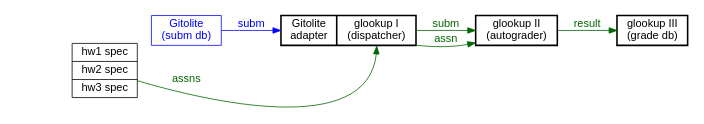
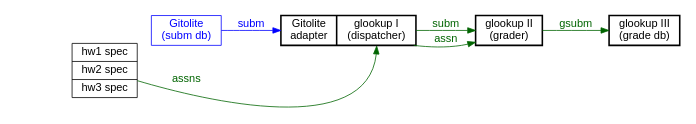
One commit to commongrader/spec changed the diagram in assets/flow-gitolite-glookup-record.gv. Above: the diagram before and after it, drawn with Graphviz. The commit also changed 10 other files, not shown here.

```diff
--- a/assets/flow-gitolite-glookup-record.gv
+++ b/assets/flow-gitolite-glookup-record.gv
@@ -1,37 +1,37 @@
 digraph Diagram {
     // -- COMMON -- //
     rankdir = LR;
     node [fontname=Helvetica shape=record];
     edge [fontname=Helvetica];
     graph [dpi=50];
 
     subgraph external {
         node[color=blue fontcolor=blue];
         edge[color=blue fontcolor=blue];
     }
     subgraph internal {
         edge[color=darkgreen fontcolor=darkgreen];
     }
     // -- COMMON -- //
     
     subgraph external {
         staff [label="" color=transparent];
         subm_db [label="Gitolite\n(subm db)"];
     }
     subgraph internal {
         custom1 [label="{ Gitolite\nadapter | <actual> glookup I\n(dispatcher) }" style=bold];
         assns [label="<hw1> hw1 spec | <hw2> hw2 spec | <hw3> hw3 spec"];
-        custom2 [label="glookup II\n(autograder)" style=bold];
+        custom2 [label="glookup II\n(grader)" style=bold];
         grade_db [label="glookup III\n(grade db)" style=bold];
     }
     subgraph external {
         staff -> subm_db [color=transparent];
         subm_db -> custom1 [label="subm"];
     }
     subgraph internal {
         custom1 -> custom2 [label="subm"];
         custom1 -> custom2 [label="assn"];
         assns -> custom1:actual [label="assns" weight=0];
-        custom2 -> grade_db [label="result"];
+        custom2 -> grade_db [label="gsubm"];
     }
 }
```
